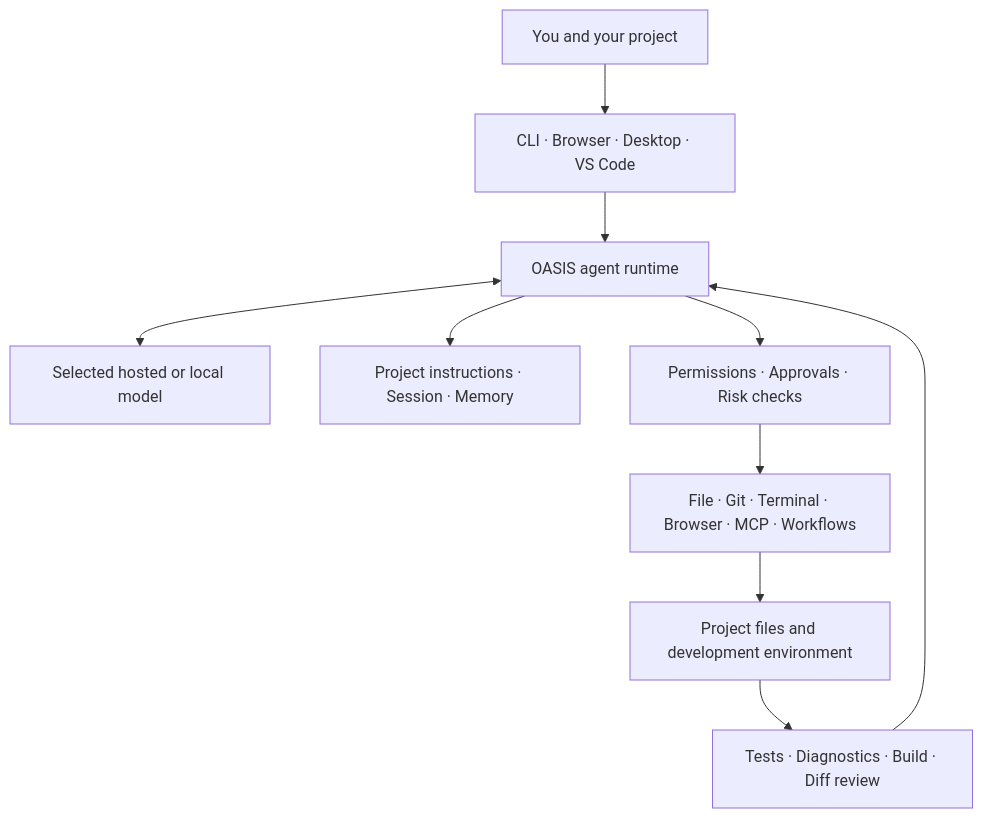
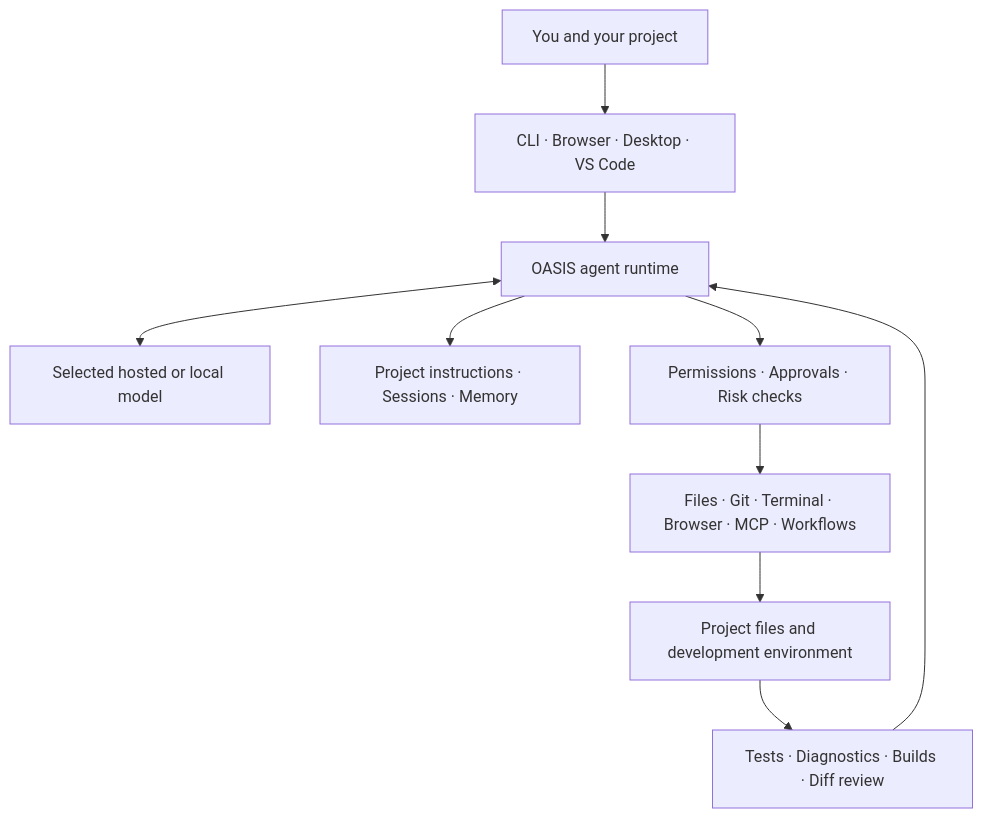
One commit to FAHTHIZ/oasis changed the diagram in README.md. Above: the diagram before and after it, drawn with Mermaid. The commit also changed other lines of this file, not shown here.

````diff
--- a/README.md
+++ b/README.md
@@ -55,12 +64,12 @@
 ```mermaid
 flowchart TD
-    Person[You and your project] --> Surface[CLI · Browser · Desktop · VS Code]
-    Surface --> Runtime[OASIS agent runtime]
-    Runtime <--> Model[Selected hosted or local model]
-    Runtime --> Context[Project instructions · Session · Memory]
-    Runtime --> Policy[Permissions · Approvals · Risk checks]
-    Policy --> Tools[File · Git · Terminal · Browser · MCP · Workflows]
-    Tools --> Workspace[Project files and development environment]
-    Workspace --> Verify[Tests · Diagnostics · Build · Diff review]
+    Person["You and your project"] --> Surface["CLI · Browser · Desktop · VS Code"]
+    Surface --> Runtime["OASIS agent runtime"]
+    Runtime <--> Model["Selected hosted or local model"]
+    Runtime --> Context["Project instructions · Sessions · Memory"]
+    Runtime --> Policy["Permissions · Approvals · Risk checks"]
+    Policy --> Tools["Files · Git · Terminal · Browser · MCP · Workflows"]
+    Tools --> Workspace["Project files and development environment"]
+    Workspace --> Verify["Tests · Diagnostics · Builds · Diff review"]
     Verify --> Runtime
 ```
````
